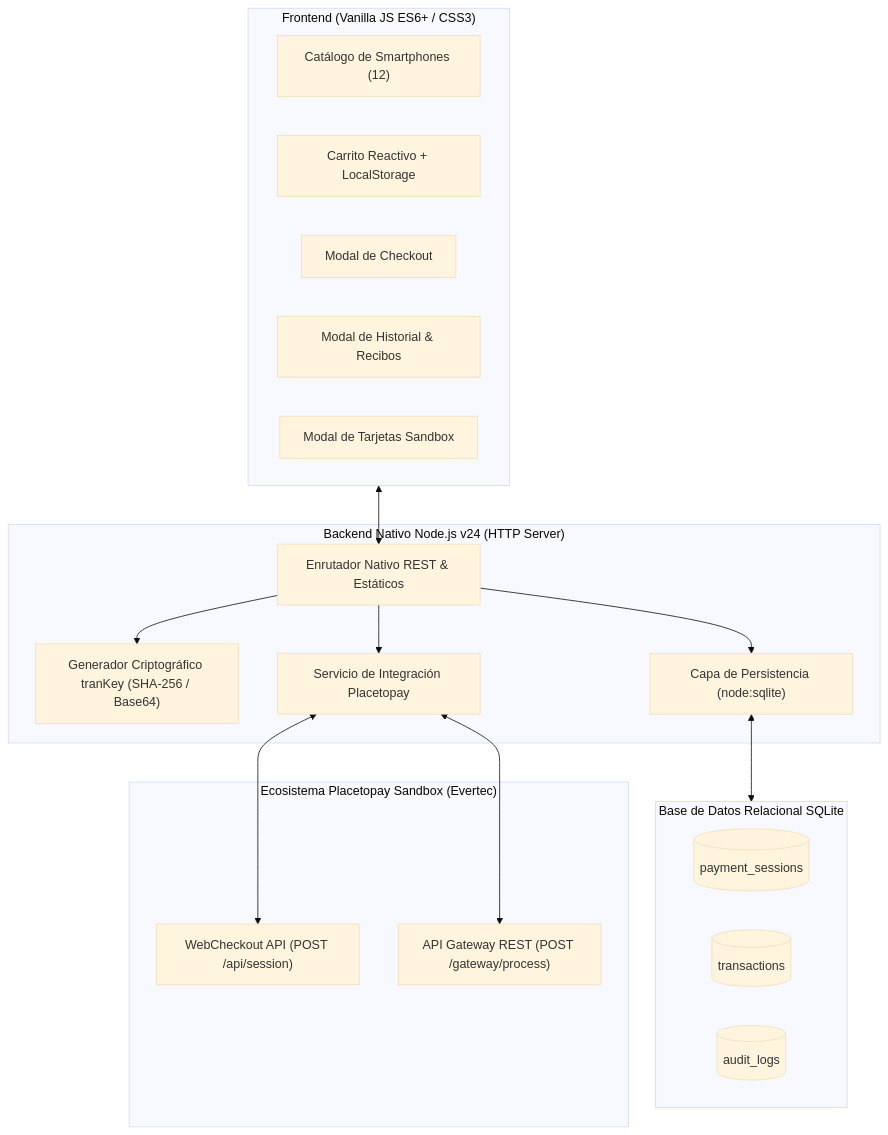
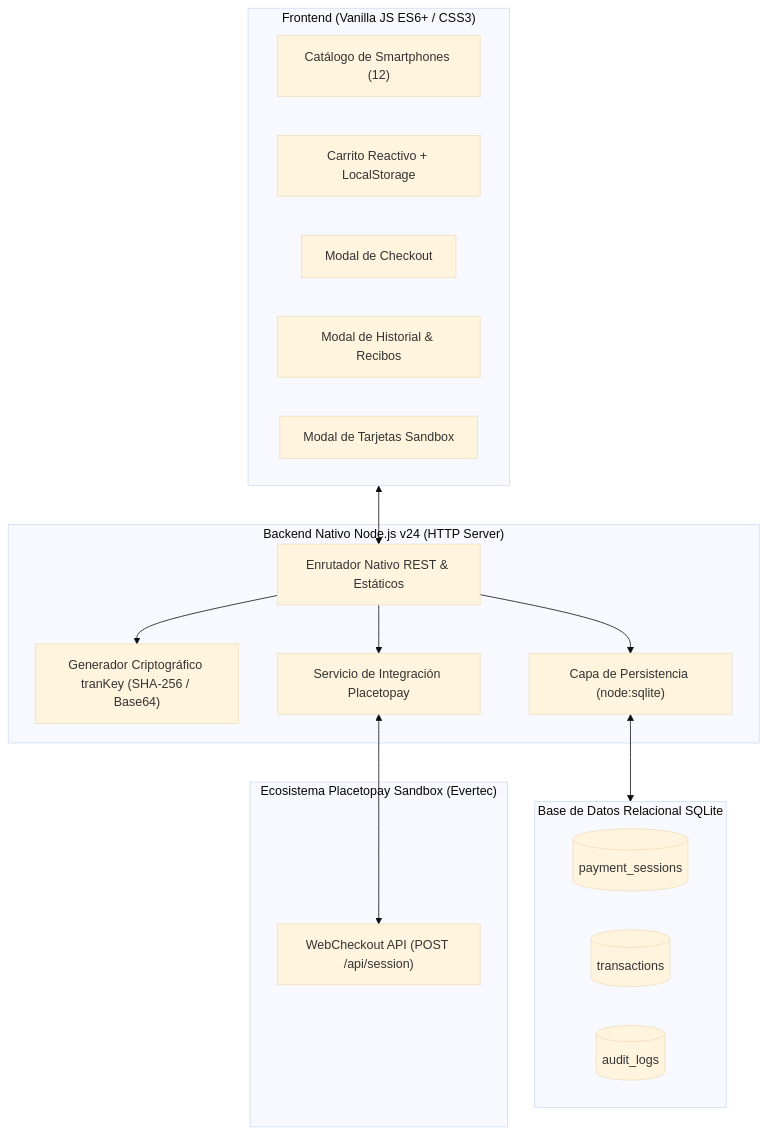
Before and after one commit to Cristorres9917/Prueba-T-cnica: the diagram in README.md, drawn with Mermaid (base theme). The commit also changed other lines of this file and 2 other files, not shown here.

````diff
--- a/README.md
+++ b/README.md
@@ -90,36 +89,34 @@
 ```mermaid
 flowchart TD
     subgraph Frontend["Frontend (Vanilla JS ES6+ / CSS3)"]
         UI["Catálogo de Smartphones (12)"]
         Cart["Carrito Reactivo + LocalStorage"]
         CheckoutModal["Modal de Checkout"]
         HistoryModal["Modal de Historial & Recibos"]
         CardsModal["Modal de Tarjetas Sandbox"]
     end
 
     subgraph Backend["Backend Nativo Node.js v24 (HTTP Server)"]
         Router["Enrutador Nativo REST & Estáticos"]
         AuthModule["Generador Criptográfico tranKey (SHA-256 / Base64)"]
         P2PService["Servicio de Integración Placetopay"]
         DBLayer["Capa de Persistencia (node:sqlite)"]
     end
 
     subgraph Database["Base de Datos Relacional SQLite"]
         SessionsTable[("payment_sessions")]
         TxsTable[("transactions")]
         AuditTable[("audit_logs")]
     end
 
     subgraph Placetopay["Ecosistema Placetopay Sandbox (Evertec)"]
         WebCheckout["WebCheckout API (POST /api/session)"]
-        GatewayAPI["API Gateway REST (POST /gateway/process)"]
     end
 
     Frontend <--> Router
     Router --> AuthModule
     Router --> P2PService
     P2PService <--> WebCheckout
-    P2PService <--> GatewayAPI
     Router --> DBLayer
     DBLayer <--> Database
 ```
````
